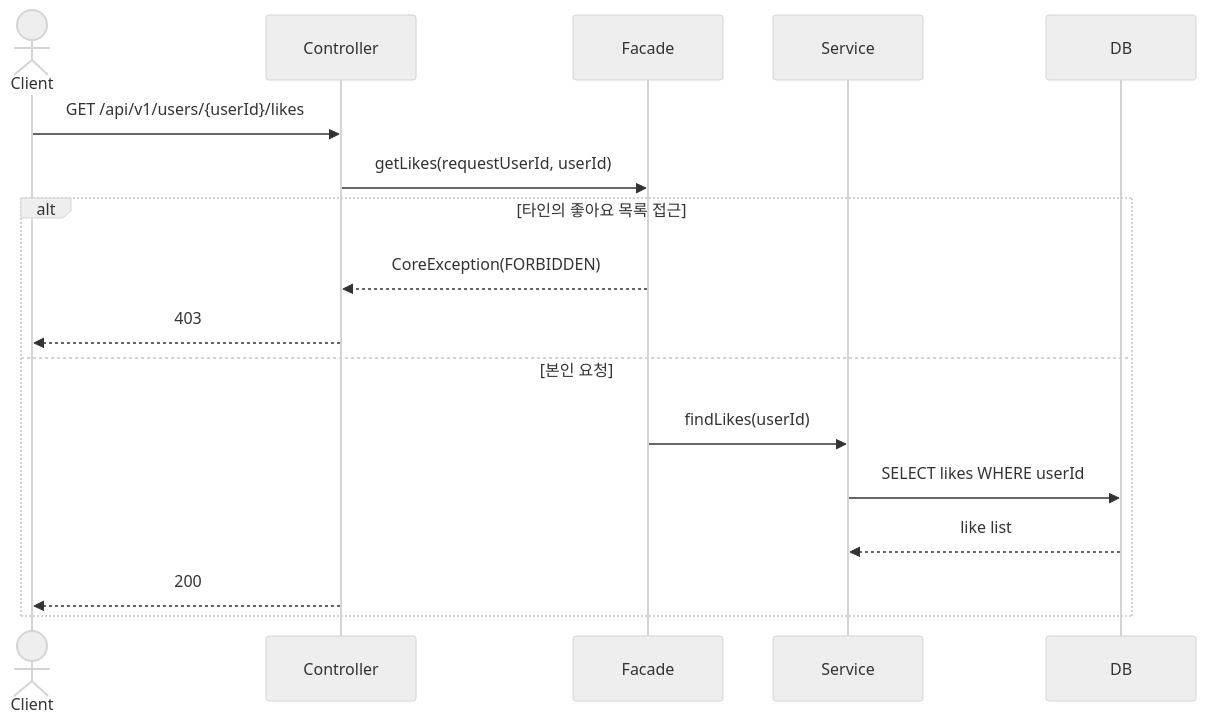
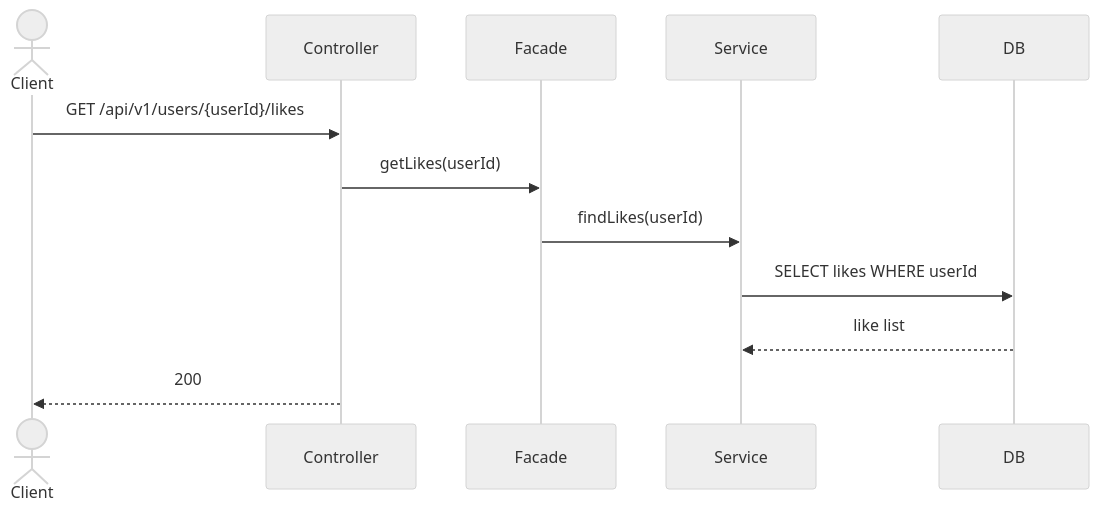
One commit to loopers-labs/loop-pack-be-l2-vol4-java changed the sixth of 21 diagrams in .docs/design/02-sequence-diagrams.md. Above: the diagram before and after it, drawn with Mermaid (neutral theme). The commit also changed 1 other file, not shown here.

Commit message:
docs: 좋아요 목록 타인 접근 제한 제거

````diff
--- a/.docs/design/02-sequence-diagrams.md
+++ b/.docs/design/02-sequence-diagrams.md
@@ -148,21 +148,15 @@
 ```mermaid
 sequenceDiagram
     actor Client
     participant Controller
     participant Facade
     participant Service
     participant DB
 
     Client->>Controller: GET /api/v1/users/{userId}/likes
-    Controller->>Facade: getLikes(requestUserId, userId)
-
-    alt 타인의 좋아요 목록 접근
-        Facade-->>Controller: CoreException(FORBIDDEN)
-        Controller-->>Client: 403
-    else 본인 요청
-        Facade->>Service: findLikes(userId)
-        Service->>DB: SELECT likes WHERE userId
-        DB-->>Service: like list
-        Controller-->>Client: 200
-    end
+    Controller->>Facade: getLikes(userId)
+    Facade->>Service: findLikes(userId)
+    Service->>DB: SELECT likes WHERE userId
+    DB-->>Service: like list
+    Controller-->>Client: 200
 ```
````
